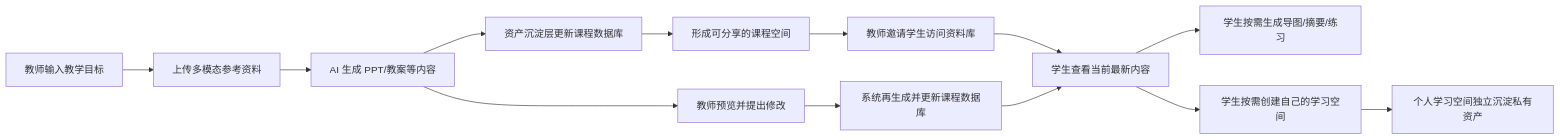
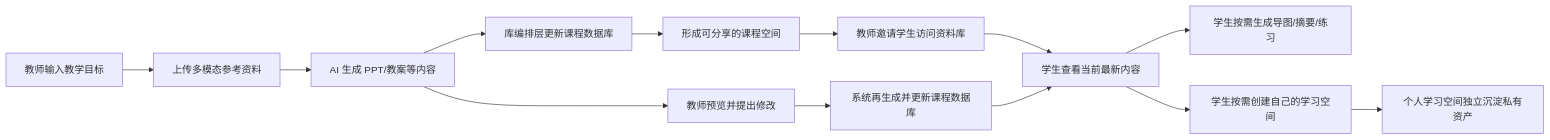
Before and after one commit to ln-one/Spectra: the third of 3 diagrams in docs/competition/04-architecture.md, drawn with Mermaid. The commit also changed other lines of this file and 17 other files, not shown here.

````diff
--- a/docs/competition/04-architecture.md
+++ b/docs/competition/04-architecture.md
@@ -172,15 +177,15 @@
 ```mermaid
 flowchart LR
     A["教师输入教学目标"] --> B["上传多模态参考资料"]
     B --> C["AI 生成 PPT/教案等内容"]
-    C --> D["资产沉淀层更新课程数据库"]
+    C --> D["库编排层更新课程数据库"]
     D --> E["形成可分享的课程空间"]
     E --> F["教师邀请学生访问资料库"]
     F --> G["学生查看当前最新内容"]
     G --> H["学生按需生成导图/摘要/练习"]
     G --> K["学生按需创建自己的学习空间"]
     C --> I["教师预览并提出修改"]
     I --> J["系统再生成并更新课程数据库"]
     J --> G
     K --> L["个人学习空间独立沉淀私有资产"]
 ```
````
